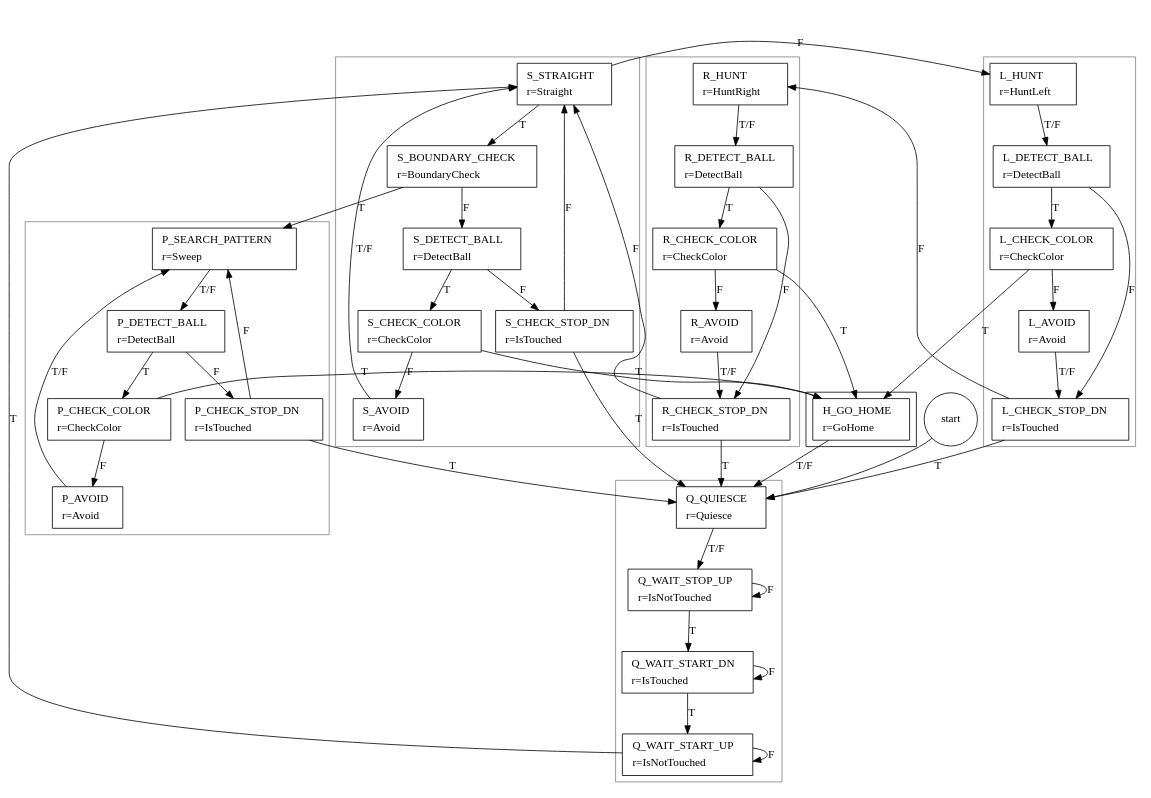
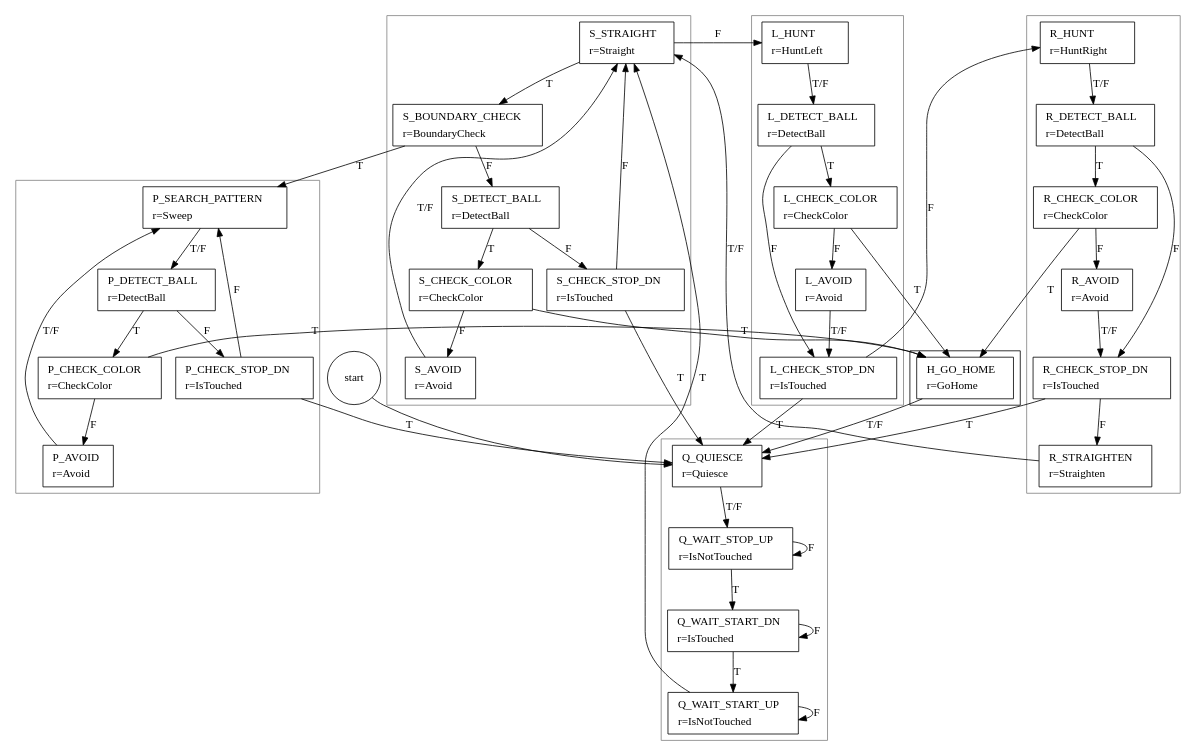
One commit to greck/0xDEADBEEF changed the diagram in FSM.dot. Above: the diagram before and after it, drawn with Graphviz. The commit also changed 4 other files, not shown here.

```diff
--- a/FSM.dot
+++ b/FSM.dot
@@ -1,122 +1,124 @@
 digraph FSM {
 
 "START" [ shape=circle label="start" ];
 
 	subgraph cluster_0 {
 
 		color = gray;
 
 		Q_QUIESCE        [ shape=box label=<<table border="0"><tr><td align="left">Q_QUIESCE</td></tr><tr><td align="left">r=Quiesce</td></tr></table>> ];
 		Q_WAIT_STOP_UP   [ shape=box label=<<table border="0"><tr><td align="left">Q_WAIT_STOP_UP</td></tr><tr><td align="left">r=IsNotTouched</td></tr></table>> ];
 		Q_WAIT_START_DN  [ shape=box label=<<table border="0"><tr><td align="left">Q_WAIT_START_DN</td></tr><tr><td align="left">r=IsTouched</td></tr></table>> ];
 		Q_WAIT_START_UP  [ shape=box label=<<table border="0"><tr><td align="left">Q_WAIT_START_UP</td></tr><tr><td align="left">r=IsNotTouched</td></tr></table>> ];
 
 	}
 
 
 	subgraph cluster_1 {
 	
 		color = gray;
 
 		S_STRAIGHT       [ shape=box label=<<table border="0"><tr><td align="left">S_STRAIGHT</td></tr><tr><td align="left">r=Straight</td></tr></table>> ];
 		S_BOUNDARY_CHECK [ shape=box label=<<table border="0"><tr><td align="left">S_BOUNDARY_CHECK</td></tr><tr><td align="left">r=BoundaryCheck</td></tr></table>> ];
 		S_DETECT_BALL    [ shape=box label=<<table border="0"><tr><td align="left">S_DETECT_BALL</td></tr><tr><td align="left">r=DetectBall</td></tr></table>> ];
 		S_CHECK_COLOR    [ shape=box label=<<table border="0"><tr><td align="left">S_CHECK_COLOR</td></tr><tr><td align="left">r=CheckColor</td></tr></table>> ];
 		S_AVOID          [ shape=box label=<<table border="0"><tr><td align="left">S_AVOID</td></tr><tr><td align="left">r=Avoid</td></tr></table>> ];
 		S_CHECK_STOP_DN  [ shape=box label=<<table border="0"><tr><td align="left">S_CHECK_STOP_DN</td></tr><tr><td align="left">r=IsTouched</td></tr></table>> ];
 
 	}		
 
 	subgraph cluster_2 {
 	
 		color = gray;
 
 		L_HUNT           [ shape=box label=<<table border="0"><tr><td align="left">L_HUNT</td></tr><tr><td align="left">r=HuntLeft</td></tr></table>> ];
 		L_DETECT_BALL    [ shape=box label=<<table border="0"><tr><td align="left">L_DETECT_BALL</td></tr><tr><td align="left">r=DetectBall</td></tr></table>> ];
 		L_CHECK_COLOR    [ shape=box label=<<table border="0"><tr><td align="left">L_CHECK_COLOR</td></tr><tr><td align="left">r=CheckColor</td></tr></table>> ];
 		L_AVOID          [ shape=box label=<<table border="0"><tr><td align="left">L_AVOID</td></tr><tr><td align="left">r=Avoid</td></tr></table>> ];
 		L_CHECK_STOP_DN  [ shape=box label=<<table border="0"><tr><td align="left">L_CHECK_STOP_DN</td></tr><tr><td align="left">r=IsTouched</td></tr></table>> ];
 
 	}		
 
 	subgraph cluster_3 {
 	
 		color = gray;
 
 		R_HUNT           [ shape=box label=<<table border="0"><tr><td align="left">R_HUNT</td></tr><tr><td align="left">r=HuntRight</td></tr></table>> ];
 		R_DETECT_BALL    [ shape=box label=<<table border="0"><tr><td align="left">R_DETECT_BALL</td></tr><tr><td align="left">r=DetectBall</td></tr></table>> ];
 		R_CHECK_COLOR    [ shape=box label=<<table border="0"><tr><td align="left">R_CHECK_COLOR</td></tr><tr><td align="left">r=CheckColor</td></tr></table>> ];
 		R_AVOID          [ shape=box label=<<table border="0"><tr><td align="left">R_AVOID</td></tr><tr><td align="left">r=Avoid</td></tr></table>> ];
 		R_CHECK_STOP_DN  [ shape=box label=<<table border="0"><tr><td align="left">R_CHECK_STOP_DN</td></tr><tr><td align="left">r=IsTouched</td></tr></table>> ];
+		R_STRAIGHTEN     [ shape=box label=<<table border="0"><tr><td align="left">R_STRAIGHTEN</td></tr><tr><td align="left">r=Straighten</td></tr></table>> ];
 
 	}		
 
 	subgraph cluster_4 {
 	
 		color = gray;
 
 		P_SEARCH_PATTERN [ shape=box label=<<table border="0"><tr><td align="left">P_SEARCH_PATTERN</td></tr><tr><td align="left">r=Sweep</td></tr></table>> ];
 		P_DETECT_BALL    [ shape=box label=<<table border="0"><tr><td align="left">P_DETECT_BALL</td></tr><tr><td align="left">r=DetectBall</td></tr></table>> ];
 		P_CHECK_COLOR    [ shape=box label=<<table border="0"><tr><td align="left">P_CHECK_COLOR</td></tr><tr><td align="left">r=CheckColor</td></tr></table>> ];
 		P_AVOID          [ shape=box label=<<table border="0"><tr><td align="left">P_AVOID</td></tr><tr><td align="left">r=Avoid</td></tr></table>> ];
 		P_CHECK_STOP_DN  [ shape=box label=<<table border="0"><tr><td align="left">P_CHECK_STOP_DN</td></tr><tr><td align="left">r=IsTouched</td></tr></table>> ];
 
 	}
 	
 	subgraph cluster_5 {
 	
 		H_GO_HOME        [ shape=box label=<<table border="0"><tr><td align="left">H_GO_HOME</td></tr><tr><td align="left">r=GoHome</td></tr></table>> ];
 	
 	}
 
 	START            -> Q_QUIESCE;
 	Q_QUIESCE        -> Q_WAIT_STOP_UP   [ label = "T/F" ];
 	Q_WAIT_STOP_UP   -> Q_WAIT_START_DN  [ label = "T" ];
 	Q_WAIT_STOP_UP   -> Q_WAIT_STOP_UP   [ label = "F" ];
 	Q_WAIT_START_DN  -> Q_WAIT_START_UP  [ label = "T" ];
 	Q_WAIT_START_DN  -> Q_WAIT_START_DN  [ label = "F" ];
 	Q_WAIT_START_UP  -> S_STRAIGHT       [ label = "T" ];
 	Q_WAIT_START_UP  -> Q_WAIT_START_UP  [ label = "F" ];
 
 	S_STRAIGHT       -> S_BOUNDARY_CHECK [ label = "T" ];
 	S_STRAIGHT       -> L_HUNT           [ label = "F" ];
 	S_BOUNDARY_CHECK -> P_SEARCH_PATTERN [ label = "T" ];
 	S_BOUNDARY_CHECK -> S_DETECT_BALL    [ label = "F" ];
 	S_DETECT_BALL    -> S_CHECK_COLOR    [ label = "T" ];
 	S_DETECT_BALL    -> S_CHECK_STOP_DN  [ label = "F" ];
 	S_CHECK_COLOR    -> H_GO_HOME        [ label = "T" ];
 	S_CHECK_COLOR    -> S_AVOID          [ label = "F" ];
 	S_AVOID          -> S_STRAIGHT       [ label = "T/F" ];
 	S_CHECK_STOP_DN  -> Q_QUIESCE        [ label = "T" ];
 	S_CHECK_STOP_DN  -> S_STRAIGHT       [ label = "F" ];
 
 	L_HUNT           -> L_DETECT_BALL    [ label = "T/F" ];
 	L_DETECT_BALL    -> L_CHECK_COLOR    [ label = "T" ];
 	L_DETECT_BALL    -> L_CHECK_STOP_DN  [ label = "F" ];
 	L_CHECK_COLOR    -> H_GO_HOME        [ label = "T" ];
 	L_CHECK_COLOR    -> L_AVOID          [ label = "F" ];
 	L_AVOID          -> L_CHECK_STOP_DN  [ label = "T/F" ];
 	L_CHECK_STOP_DN  -> Q_QUIESCE        [ label = "T" ];
 	L_CHECK_STOP_DN  -> R_HUNT           [ label = "F" ];
 
 	R_HUNT           -> R_DETECT_BALL    [ label = "T/F" ];
 	R_DETECT_BALL    -> R_CHECK_COLOR    [ label = "T" ];
 	R_DETECT_BALL    -> R_CHECK_STOP_DN  [ label = "F" ];
 	R_CHECK_COLOR    -> H_GO_HOME        [ label = "T" ];
 	R_CHECK_COLOR    -> R_AVOID          [ label = "F" ];
 	R_AVOID          -> R_CHECK_STOP_DN  [ label = "T/F" ];
 	R_CHECK_STOP_DN  -> Q_QUIESCE        [ label = "T" ];
-	R_CHECK_STOP_DN  -> S_STRAIGHT       [ label = "F" ];
+	R_CHECK_STOP_DN  -> R_STRAIGHTEN     [ label = "F" ];
+	R_STRAIGHTEN     -> S_STRAIGHT       [ label = "T/F" ];
 
 	P_SEARCH_PATTERN -> P_DETECT_BALL    [ label = "T/F" ];
 	P_DETECT_BALL    -> P_CHECK_COLOR    [ label = "T" ];
 	P_DETECT_BALL    -> P_CHECK_STOP_DN  [ label = "F" ];
 	P_CHECK_COLOR    -> H_GO_HOME        [ label = "T" ];
 	P_CHECK_COLOR    -> P_AVOID          [ label = "F" ];
 	P_AVOID          -> P_SEARCH_PATTERN [ label = "T/F" ];
 	P_CHECK_STOP_DN  -> Q_QUIESCE        [ label = "T" ];
 	P_CHECK_STOP_DN  -> P_SEARCH_PATTERN [ label = "F" ];
 	
 	H_GO_HOME        -> Q_QUIESCE        [ label = "T/F" ];
 	
 }
```
